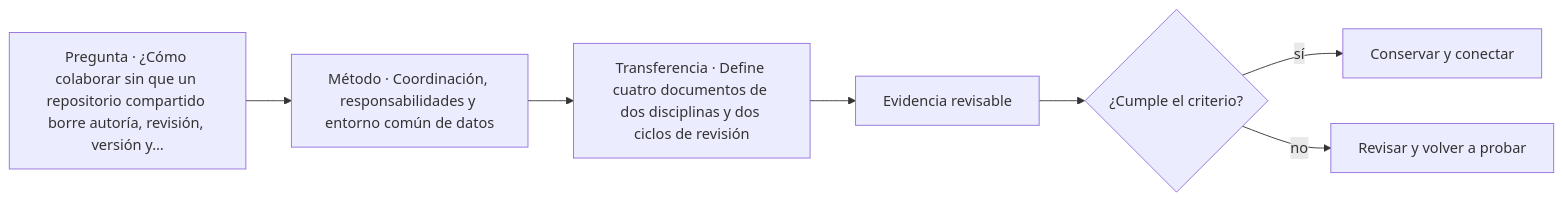
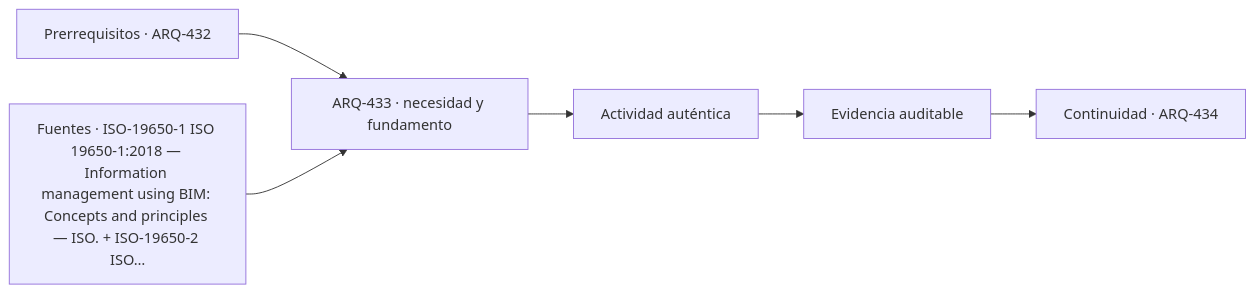
The diagram in classes/parte-44/ARQ-433.md (vladimiracunadev-create/architecture-built-environment-learning-program), drawn with Mermaid before and after one commit. The commit also changed other lines of this file and 761 other files, not shown here.

````diff
--- a/classes/parte-44/ARQ-433.md
+++ b/classes/parte-44/ARQ-433.md
@@ -75,9 +87,8 @@
 ```mermaid
 flowchart LR
-    Q["Pregunta · ¿Cómo colaborar sin que un repositorio compartido borre autoría, revisión, versión y…"] --> M["Método · Coordinación, responsabilidades y entorno común de datos"]
-    M --> P["Transferencia · Define cuatro documentos de dos disciplinas y dos ciclos de revisión"]
-    P --> E["Evidencia revisable"]
-    E --> C{"¿Cumple el criterio?"}
-    C -->|sí| T["Conservar y conectar"]
-    C -->|no| R["Revisar y volver a probar"]
+    A["Prerrequisitos · ARQ-432"] --> B["ARQ-433 · necesidad y fundamento"]
+    S["Fuentes · ISO-19650-1 ISO 19650-1:2018 — Information management using BIM: Concepts and principles — ISO. + ISO-19650-2 ISO…"] --> B
+    B --> C["Actividad auténtica"]
+    C --> D["Evidencia auditable"]
+    D --> E["Continuidad · ARQ-434"]
 ```
````
